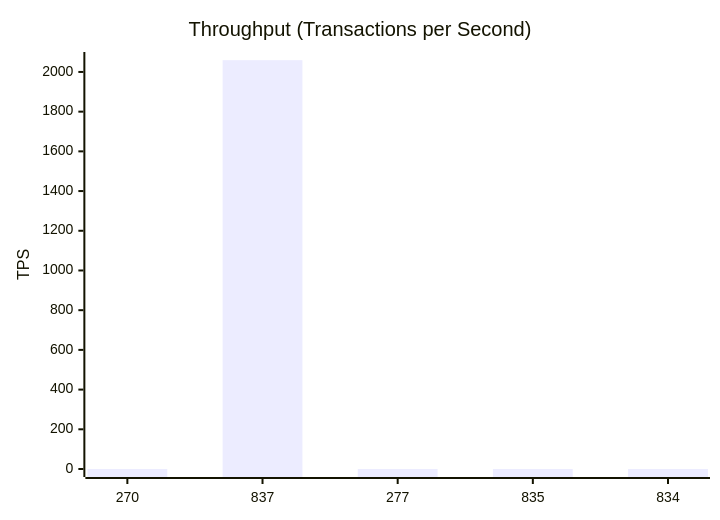
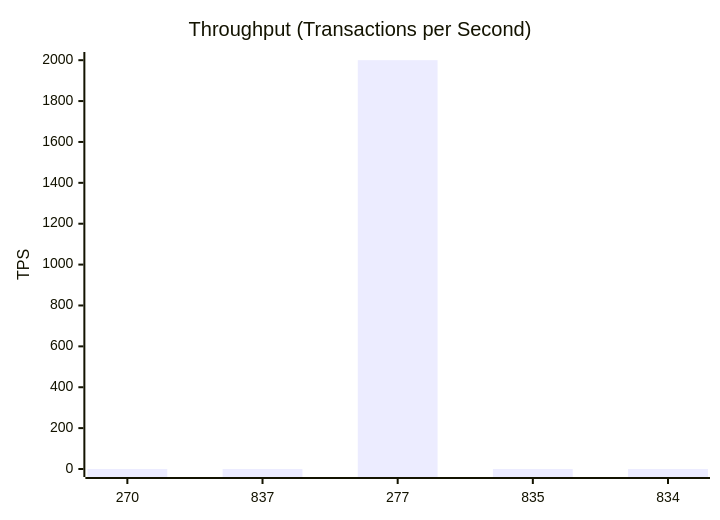
One commit to dhagan-va/intern-2025 changed the third of 11 diagrams in test-tools/DataGen/src/Statistics_Visualizer.md. Above: the diagram before and after it, drawn with Mermaid. The commit also changed other lines of this file and 3 other files, not shown here.

````diff
--- a/test-tools/DataGen/src/Statistics_Visualizer.md
+++ b/test-tools/DataGen/src/Statistics_Visualizer.md
@@ -40,7 +40,7 @@
 ```mermaid
 xychart-beta
     title "Throughput (Transactions per Second)"
     x-axis ["270", "837", "277", "835", "834"]
-    y-axis "TPS" 0 --> 2060.1869153380007
-    bar [0.0, 2059.1869153380007, 0.0, 0.0, 0.0]
+    y-axis "TPS" 0 --> 2000.9333355554816
+    bar [0.0, 0.0, 1999.9333355554816, 0.0, 0.0]
 ```
````
